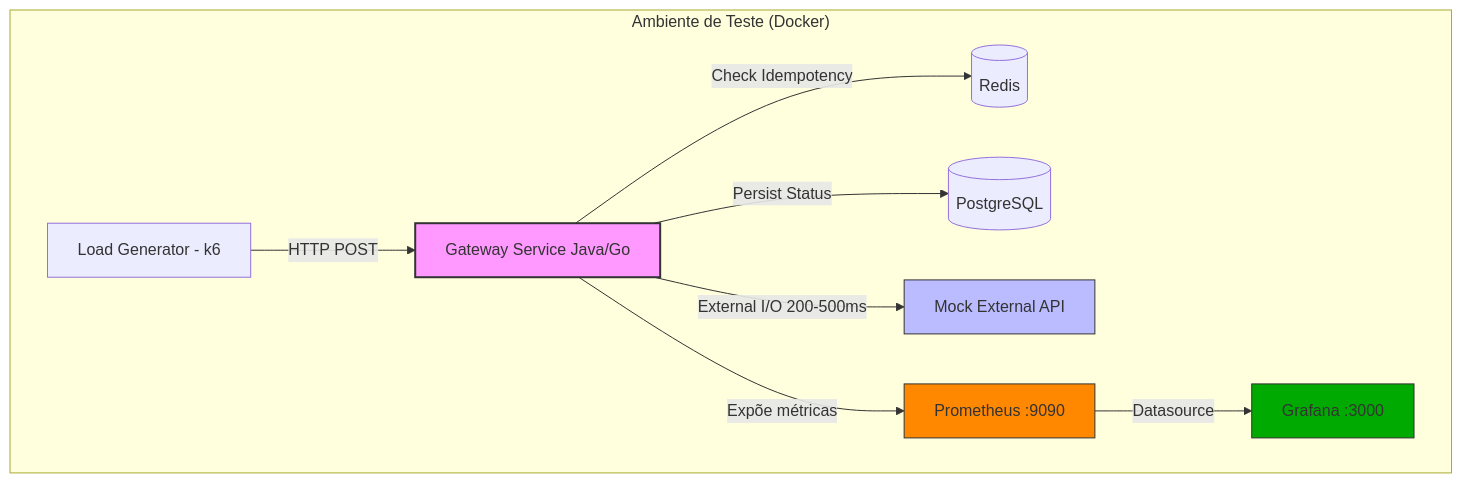
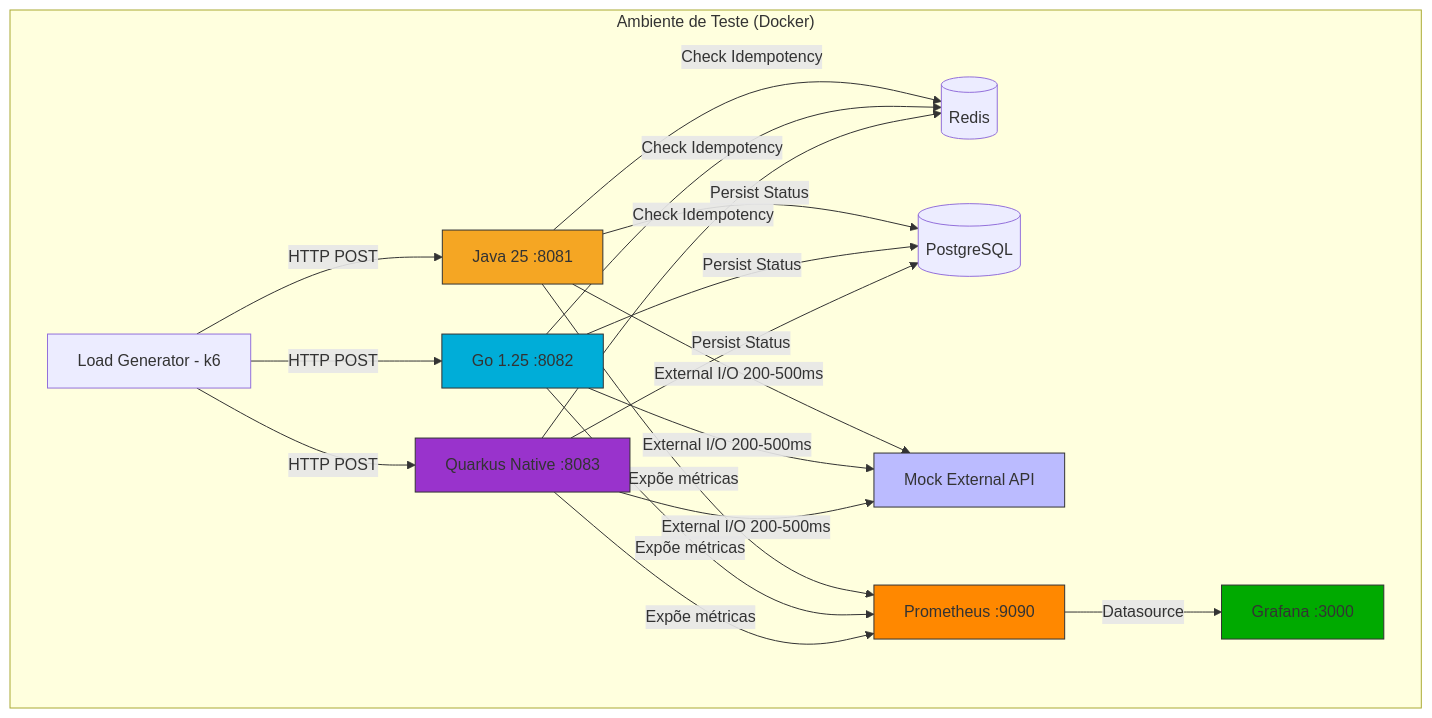
Before and after one commit to felippesouza/tcc-performance-comparison: the first of 2 diagrams in README.md, drawn with Mermaid. The commit also changed other lines of this file, not shown here.

First line of the commit message:
📝 docs: rewrite README to reflect 3-backend experiment (Java/Go/Quarkus)

````diff
--- a/README.md
+++ b/README.md
@@ -27,16 +95,20 @@
 ```mermaid
 graph TD
     subgraph "Ambiente de Teste (Docker)"
-        LG[Load Generator - k6] -->|HTTP POST| GW[Gateway Service Java/Go]
-        GW -->|Check Idempotency| RD[(Redis)]
-        GW -->|Persist Status| DB[(PostgreSQL)]
-        GW -->|External I/O 200-500ms| MK[Mock External API]
-        GW -->|Expõe métricas| PR[Prometheus :9090]
+        LG[Load Generator - k6] -->|HTTP POST| J[Java 25 :8081]
+        LG -->|HTTP POST| G[Go 1.25 :8082]
+        LG -->|HTTP POST| Q[Quarkus Native :8083]
+        J & G & Q -->|Check Idempotency| RD[(Redis)]
+        J & G & Q -->|Persist Status| DB[(PostgreSQL)]
+        J & G & Q -->|External I/O 200-500ms| MK[Mock External API]
+        J & G & Q -->|Expõe métricas| PR[Prometheus :9090]
         PR -->|Datasource| GF[Grafana :3000]
     end
 
-    style GW fill:#f9f,stroke:#333,stroke-width:2px
-    style MK fill:#bbf,stroke:#333,stroke-width:1px
-    style PR fill:#f80,stroke:#333,stroke-width:1px
-    style GF fill:#0a0,stroke:#333,stroke-width:1px
+    style J fill:#f5a623,stroke:#333
+    style G fill:#00add8,stroke:#333
+    style Q fill:#9933cc,stroke:#333
+    style MK fill:#bbf,stroke:#333
+    style PR fill:#f80,stroke:#333
+    style GF fill:#0a0,stroke:#333
 ```
````
